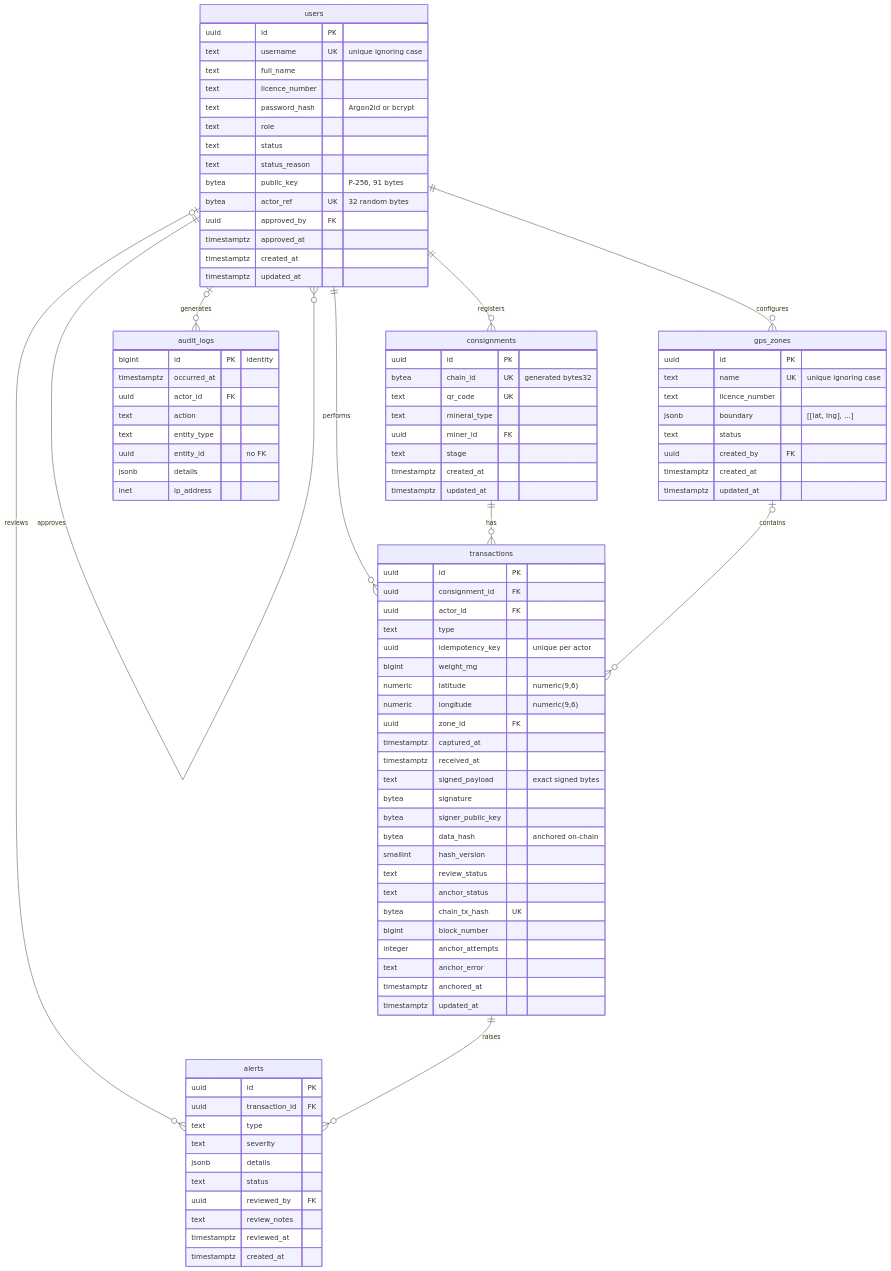
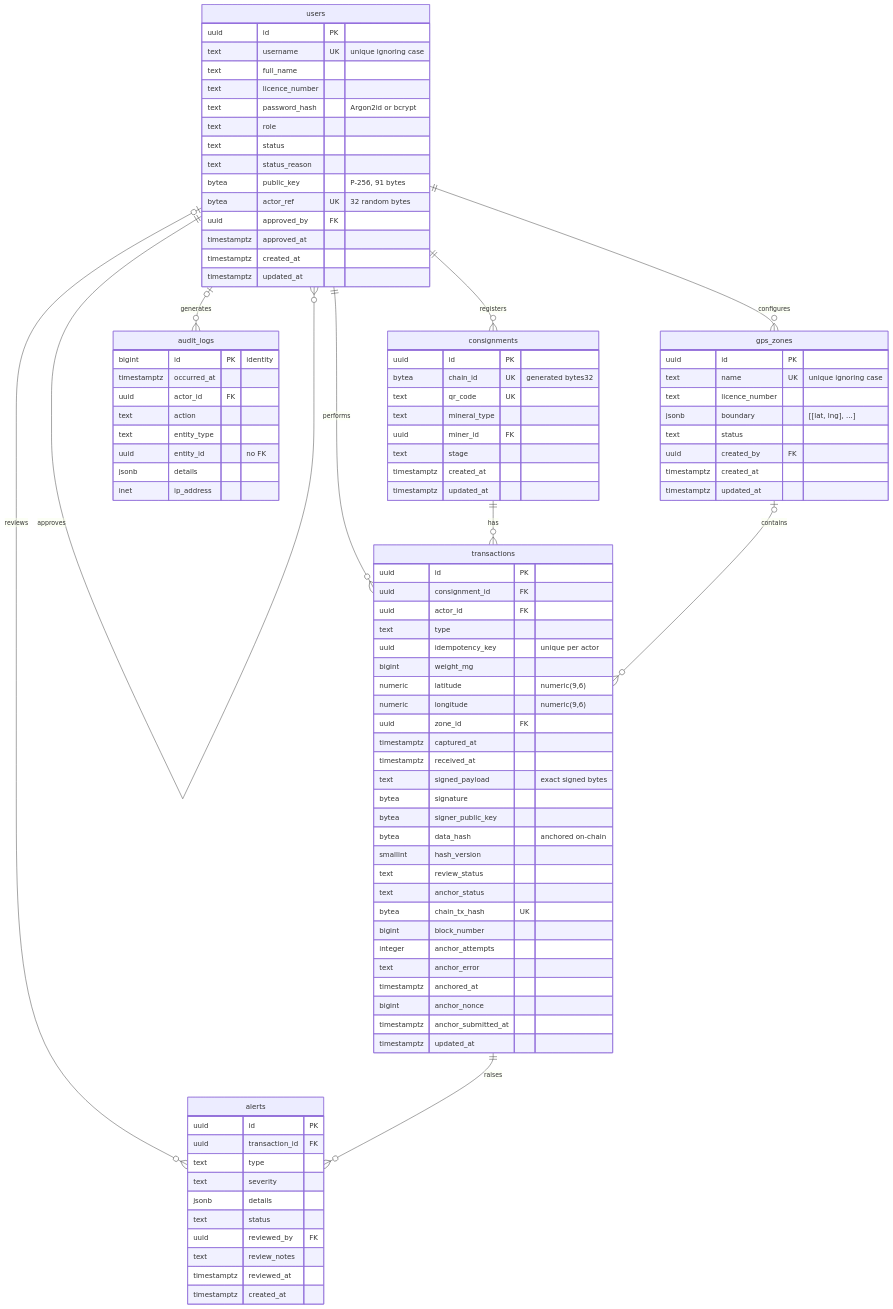
One commit to KondwelaniTembo/minechain changed the diagram in docs/database-schema.md. Above: the diagram before and after it, drawn with Mermaid. The commit also changed other lines of this file and 5 other files, not shown here.

Commit message:
docs: record the Sepolia live run, anchoring schema and measured gas

```diff
--- a/docs/database-schema.md
+++ b/docs/database-schema.md
@@ -94,6 +94,8 @@
     integer anchor_attempts
     text anchor_error
     timestamptz anchored_at
+    bigint anchor_nonce
+    timestamptz anchor_submitted_at
     timestamptz updated_at
   }
   alerts {
```
